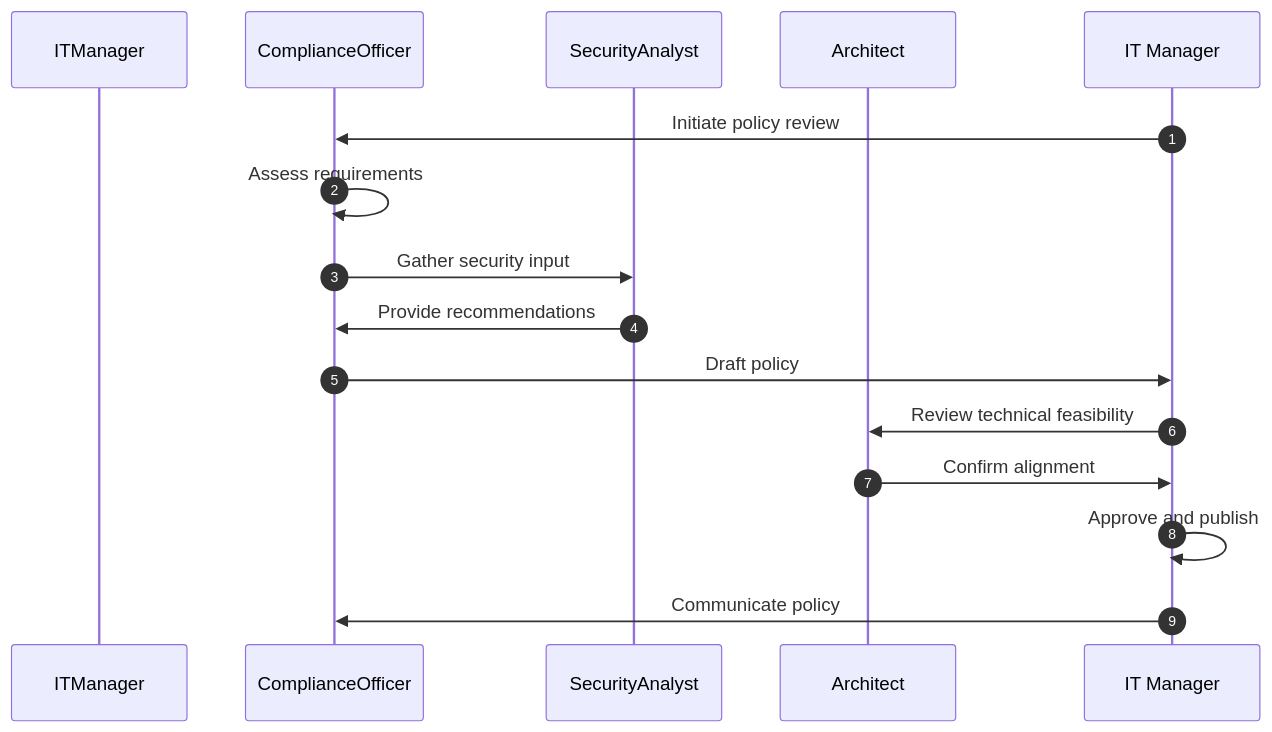
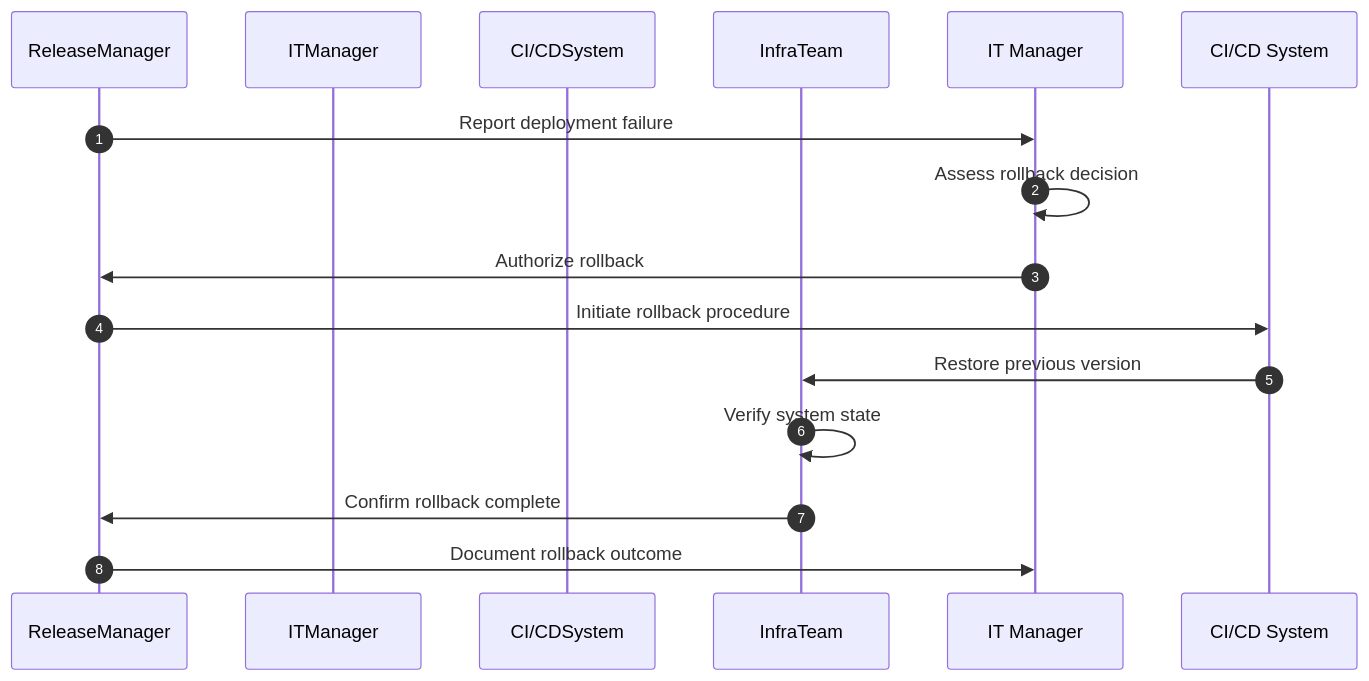
Before and after one commit to kziemski/business.org.ai: the third of 3 diagrams in processes/08-IT/8.6-DeployServicessolutions/8.6.2-PlanServiceSolutionImplementation/ManageITRollbackProcedures.mdx, drawn with Mermaid. The commit also changed 885 other files, not shown here.

````diff
--- a/processes/08-IT/8.6-DeployServicessolutions/8.6.2-PlanServiceSolutionImplementation/ManageITRollbackProcedures.mdx
+++ b/processes/08-IT/8.6-DeployServicessolutions/8.6.2-PlanServiceSolutionImplementation/ManageITRollbackProcedures.mdx
@@ -69,17 +69,16 @@
 ```mermaid
 sequenceDiagram
     autonumber
+    participant ReleaseManager
     participant ITManager
-    participant ComplianceOfficer
-    participant SecurityAnalyst
-    participant Architect
-    IT Manager->>ComplianceOfficer: Initiate policy review
-    ComplianceOfficer->>ComplianceOfficer: Assess requirements
-    ComplianceOfficer->>SecurityAnalyst: Gather security input
-    SecurityAnalyst->>ComplianceOfficer: Provide recommendations
-    ComplianceOfficer->>IT Manager: Draft policy
-    IT Manager->>Architect: Review technical feasibility
-    Architect->>IT Manager: Confirm alignment
-    IT Manager->>IT Manager: Approve and publish
-    IT Manager->>ComplianceOfficer: Communicate policy
+    participant CI/CDSystem
+    participant InfraTeam
+    ReleaseManager->>IT Manager: Report deployment failure
+    IT Manager->>IT Manager: Assess rollback decision
+    IT Manager->>ReleaseManager: Authorize rollback
+    ReleaseManager->>CI/CD System: Initiate rollback procedure
+    CI/CD System->>InfraTeam: Restore previous version
+    InfraTeam->>InfraTeam: Verify system state
+    InfraTeam->>ReleaseManager: Confirm rollback complete
+    ReleaseManager->>IT Manager: Document rollback outcome
 ```
````
